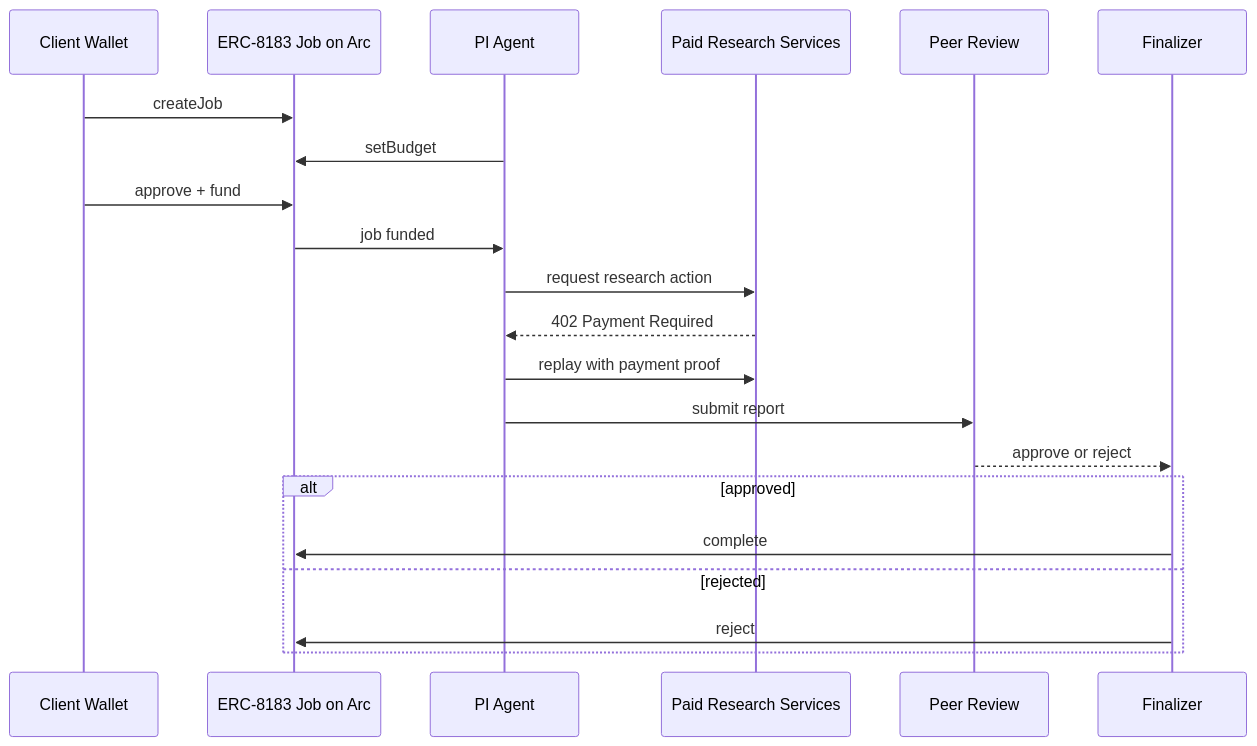
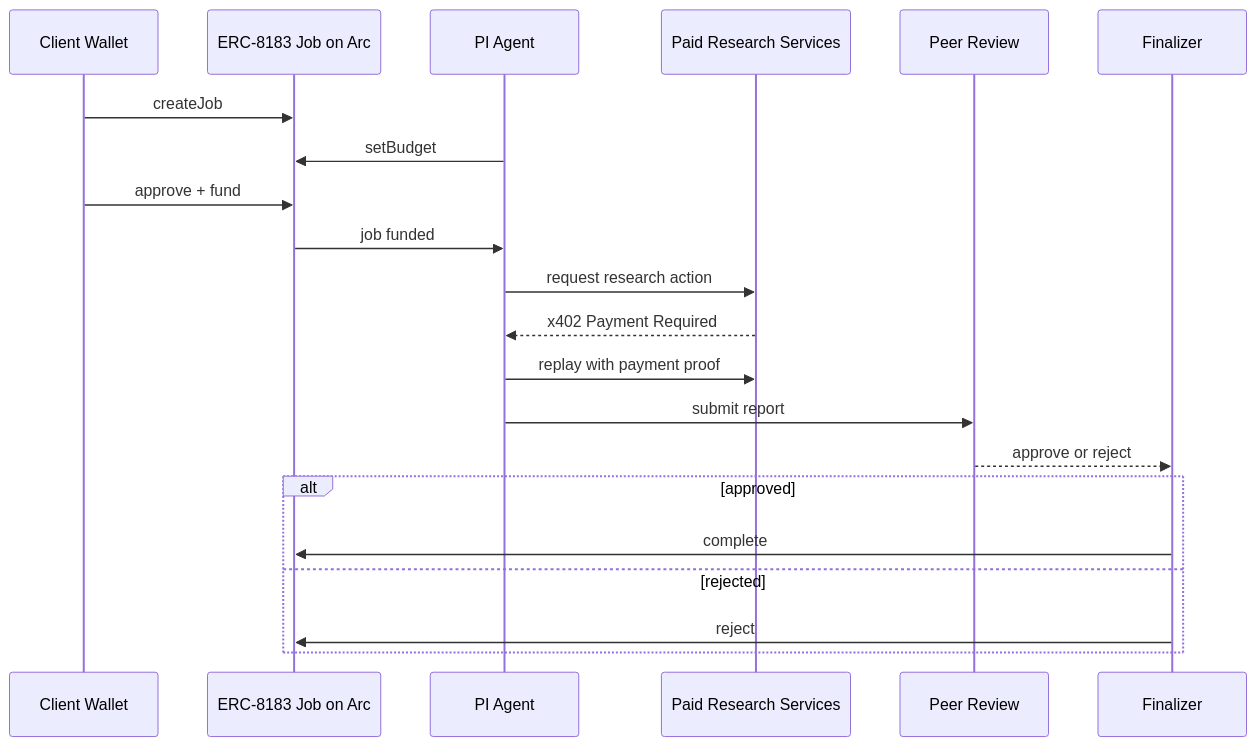
Before and after one commit to dlkakbs/biomed-research-engine: the diagram in README.md, drawn with Mermaid.

````diff
--- a/README.md
+++ b/README.md
@@ -179,27 +179,27 @@
 ```mermaid
 sequenceDiagram
     participant U as Client Wallet
     participant J as ERC-8183 Job on Arc
     participant P as PI Agent
     participant S as Paid Research Services
     participant R as Peer Review
     participant F as Finalizer
 
     U->>J: createJob
     P->>J: setBudget
     U->>J: approve + fund
 
     J->>P: job funded
     P->>S: request research action
-    S-->>P: 402 Payment Required
+    S-->>P: x402 Payment Required
     P->>S: replay with payment proof
 
     P->>R: submit report
     R-->>F: approve or reject
 
     alt approved
         F->>J: complete
     else rejected
         F->>J: reject
     end
 ```
````
